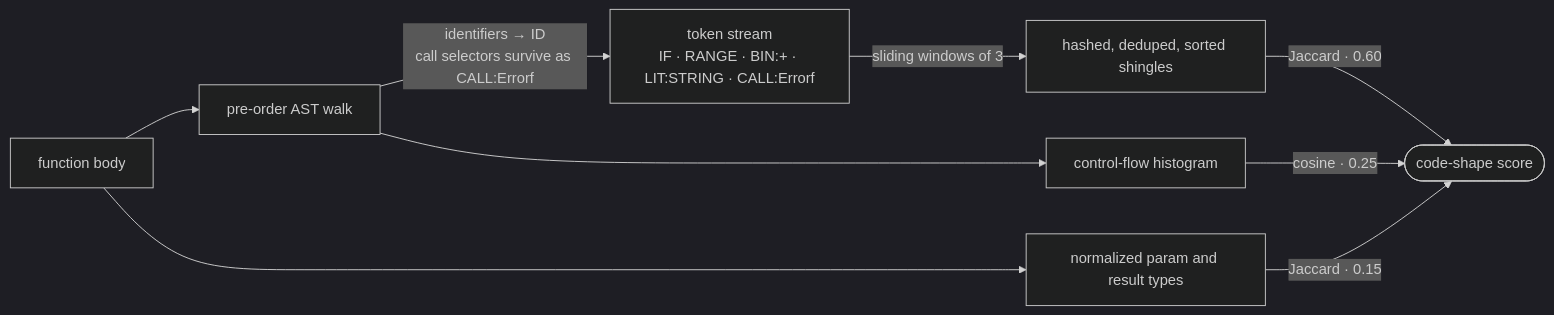
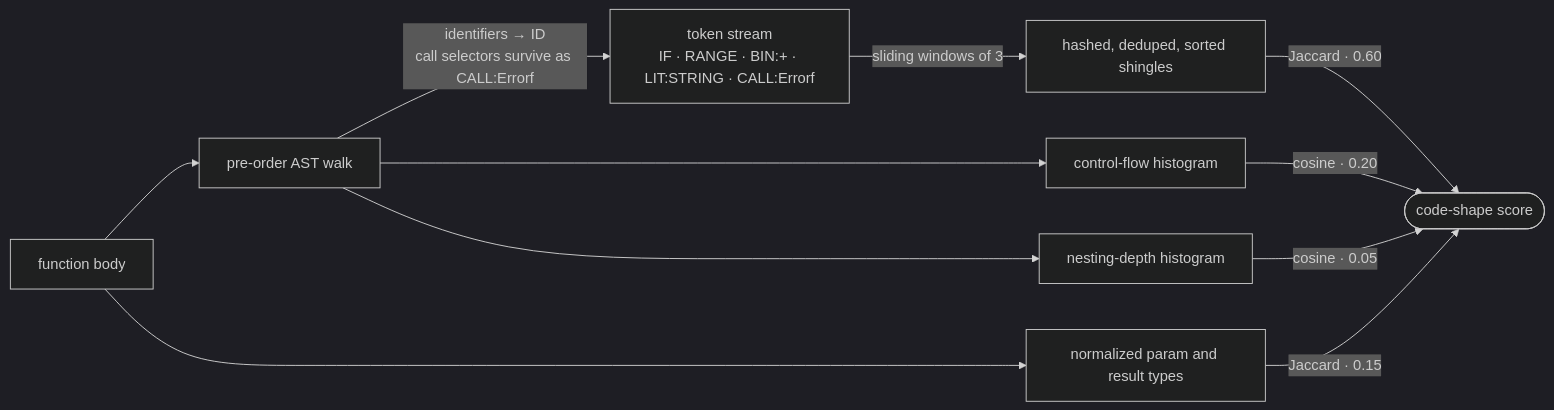
One commit to LukasSelin/doppel changed the third of 7 diagrams in .github/wiki/how-it-works.md. Above: the diagram before and after it, drawn with Mermaid (dark theme). The commit also changed other lines of this file and 17 other files, not shown here.

````diff
--- a/.github/wiki/how-it-works.md
+++ b/.github/wiki/how-it-works.md
@@ -78,13 +78,15 @@
 ```mermaid
 flowchart LR
     src["function body"] --> walk["pre-order AST walk"]
     walk -->|"identifiers → ID<br/>call selectors survive as CALL:Errorf"| toks["token stream<br/>IF · RANGE · BIN:+ · LIT:STRING · CALL:Errorf"]
     toks -->|"sliding windows of 3"| sh["hashed, deduped, sorted shingles"]
 
     walk --> flow["control-flow histogram"]
+    walk --> depth["nesting-depth histogram"]
     src --> sig["normalized param and result types"]
 
     sh -->|"Jaccard · 0.60"| score(["code-shape score"])
-    flow -->|"cosine · 0.25"| score
+    flow -->|"cosine · 0.20"| score
+    depth -->|"cosine · 0.05"| score
     sig -->|"Jaccard · 0.15"| score
 ```
````
